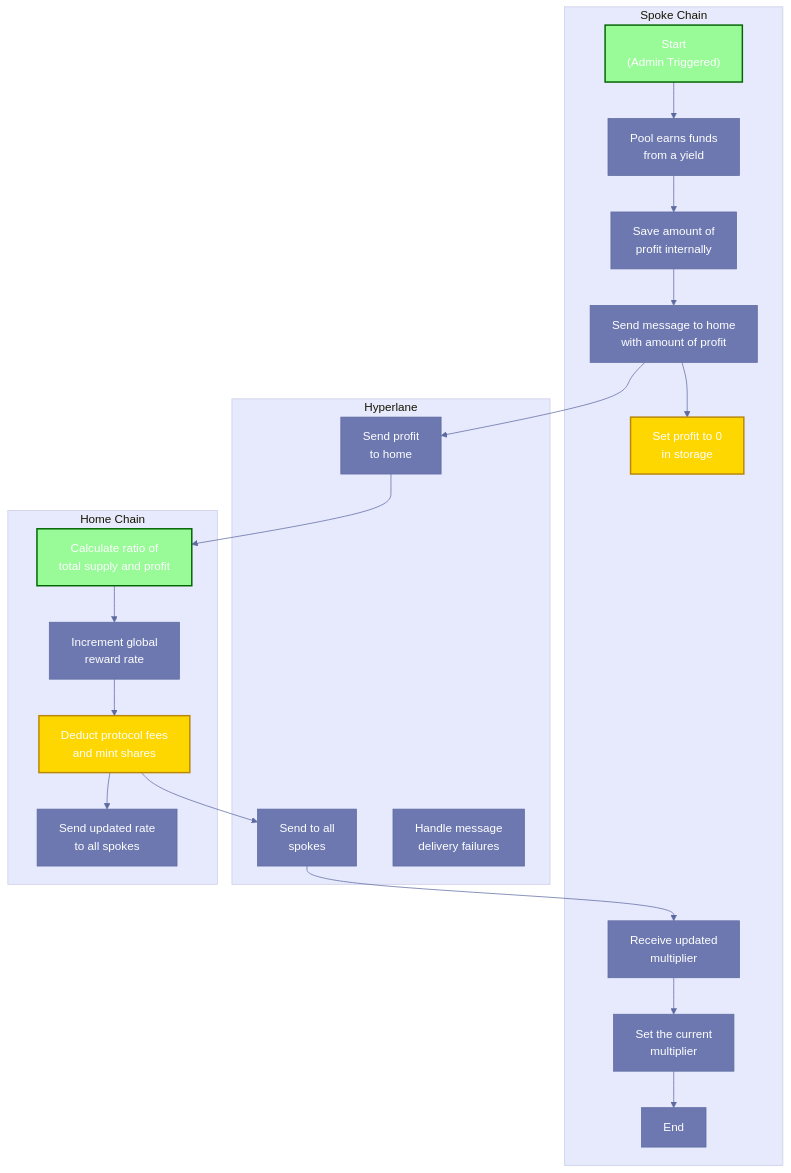
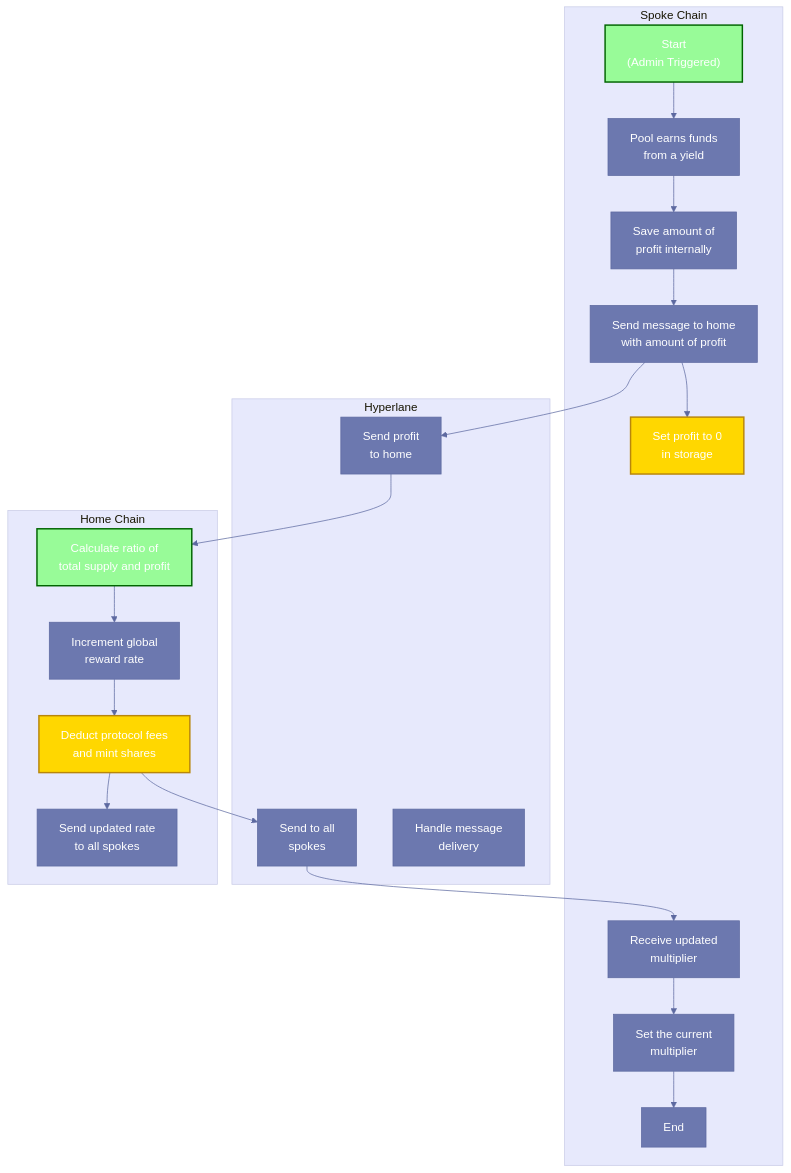
The diagram in plans/rebase-flow-implementation-plan.md (eco/eco-routes-internal), drawn with Mermaid before and after one commit. The commit also changed other lines of this file, not shown here.

````diff
--- a/plans/rebase-flow-implementation-plan.md
+++ b/plans/rebase-flow-implementation-plan.md
@@ -135,36 +135,36 @@
 ```mermaid
 %%{init: {'theme': 'base', 'themeVariables': { 'primaryColor': '#6C78AF', 'primaryTextColor': '#fff', 'primaryBorderColor': '#5D69A0', 'lineColor': '#5D69A0', 'secondaryColor': '#D3D8F9', 'tertiaryColor': '#E7E9FC' }}}%%
 
 flowchart TB
     subgraph "Spoke Chain"
         start["Start\n(Admin Triggered)"] --> collectYield["Pool earns funds\nfrom a yield"]
         collectYield --> saveProfit["Save amount of\nprofit internally"]
         saveProfit --> sendToHome["Send message to home\nwith amount of profit"]
         sendToHome --> resetProfit["Set profit to 0\nin storage"]
         receiveMultiplier["Receive updated\nmultiplier"] --> setMultiplier["Set the current\nmultiplier"]
         setMultiplier --> endProcess["End"]
     end
 
     subgraph "Hyperlane"
         sendMsgToHome["Send profit\nto home"]
         sendMsgToSpokes["Send to all\nspokes"]
-        handleFailure["Handle message\ndelivery failures"]
+        handleDelivery["Handle message\ndelivery"]
     end
 
     subgraph "Home Chain"
         calculateRatio["Calculate ratio of\ntotal supply and profit"]
         calculateRatio --> incrementReward["Increment global\nreward rate"]
         incrementReward --> deductFees["Deduct protocol fees\nand mint shares"]
         deductFees --> distributeRate["Send updated rate\nto all spokes"]
     end
 
     sendToHome --> sendMsgToHome
     sendMsgToHome --> calculateRatio
     deductFees --> sendMsgToSpokes
     sendMsgToSpokes --> receiveMultiplier
 
     classDef started fill:#98FB98,stroke:#006400,stroke-width:2px
     classDef critical fill:#FFD700,stroke:#B8860B,stroke-width:2px
     class start,calculateRatio started
     class resetProfit,deductFees critical
 ```
````
